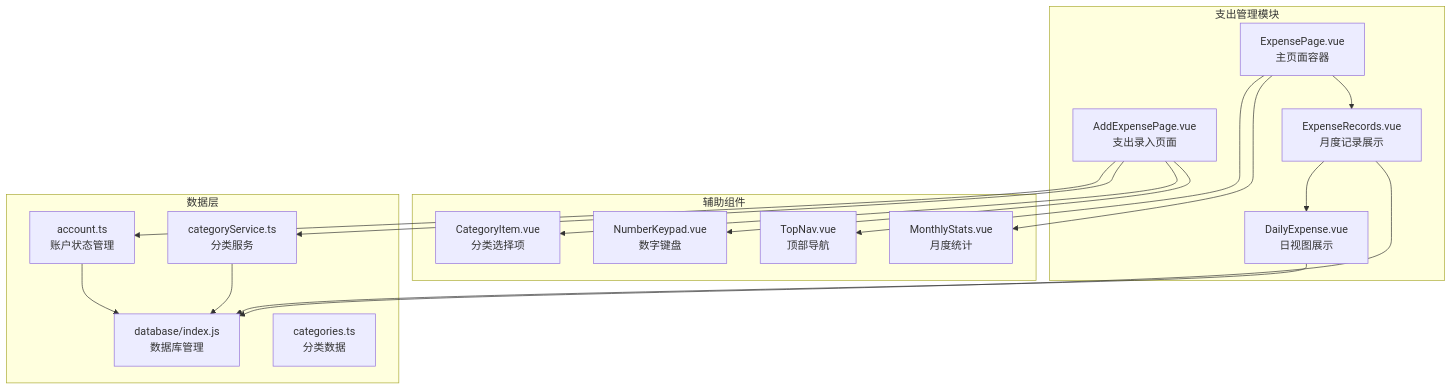
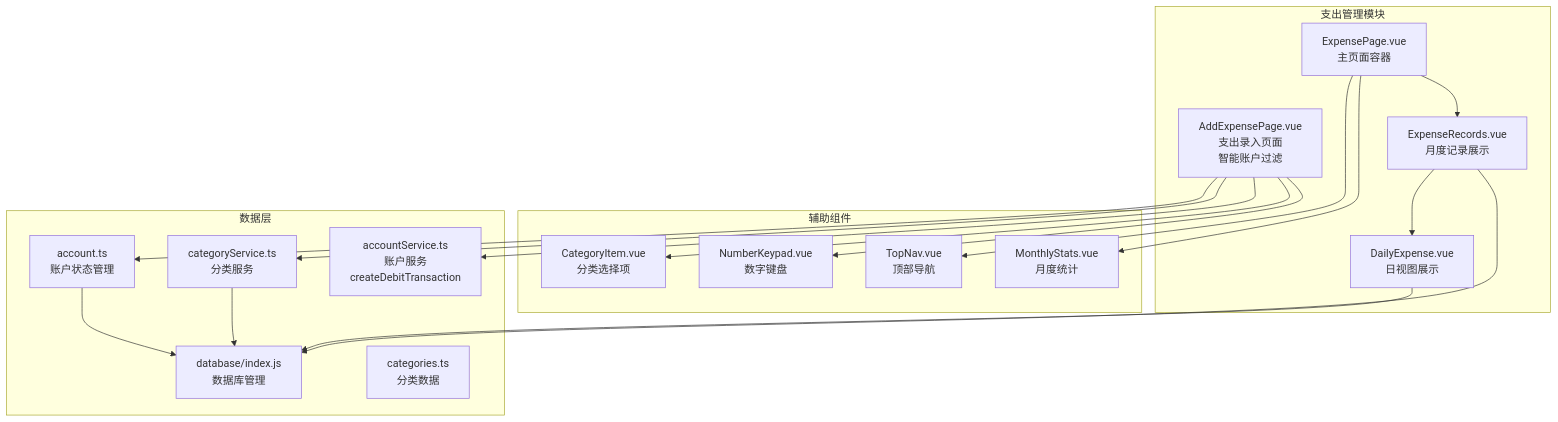
Before and after one commit to xiao-lin-unit/yuan: the first of 11 diagrams in .qoder/repowiki/zh/content/支出管理/支出记录管理.md, drawn with Mermaid. The commit also changed other lines of this file and 9 other files, not shown here.

````diff
--- a/.qoder/repowiki/zh/content/支出管理/支出记录管理.md
+++ b/.qoder/repowiki/zh/content/支出管理/支出记录管理.md
@@ -39,33 +49,35 @@
 ```mermaid
 graph TB
 subgraph "支出管理模块"
 ExpensePage[ExpensePage.vue<br/>主页面容器]
 ExpenseRecords[ExpenseRecords.vue<br/>月度记录展示]
 DailyExpense[DailyExpense.vue<br/>日视图展示]
-AddExpensePage[AddExpensePage.vue<br/>支出录入页面]
+AddExpensePage[AddExpensePage.vue<br/>支出录入页面<br/>智能账户过滤]
 end
 subgraph "辅助组件"
 CategoryItem[CategoryItem.vue<br/>分类选择项]
 NumberKeypad[NumberKeypad.vue<br/>数字键盘]
 TopNav[TopNav.vue<br/>顶部导航]
 MonthlyStats[MonthlyStats.vue<br/>月度统计]
 end
 subgraph "数据层"
 Database[database/index.js<br/>数据库管理]
 CategoryService[categoryService.ts<br/>分类服务]
 AccountStore[account.ts<br/>账户状态管理]
 Categories[categories.ts<br/>分类数据]
+AccountService[accountService.ts<br/>账户服务<br/>createDebitTransaction]
 end
 ExpensePage --> ExpenseRecords
 ExpensePage --> TopNav
 ExpensePage --> MonthlyStats
 ExpenseRecords --> DailyExpense
 AddExpensePage --> CategoryItem
 AddExpensePage --> NumberKeypad
 AddExpensePage --> CategoryService
 AddExpensePage --> AccountStore
+AddExpensePage --> AccountService
 ExpenseRecords --> Database
 DailyExpense --> Database
 CategoryService --> Database
 AccountStore --> Database
 ```
````
